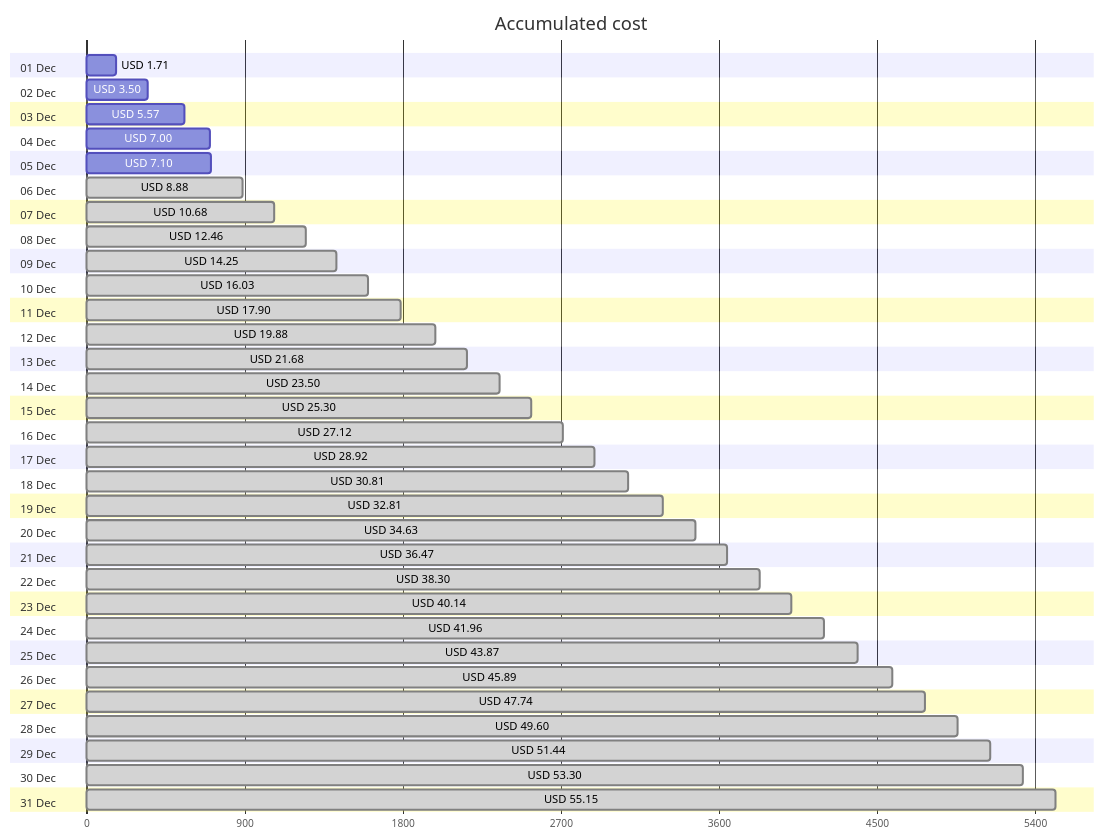
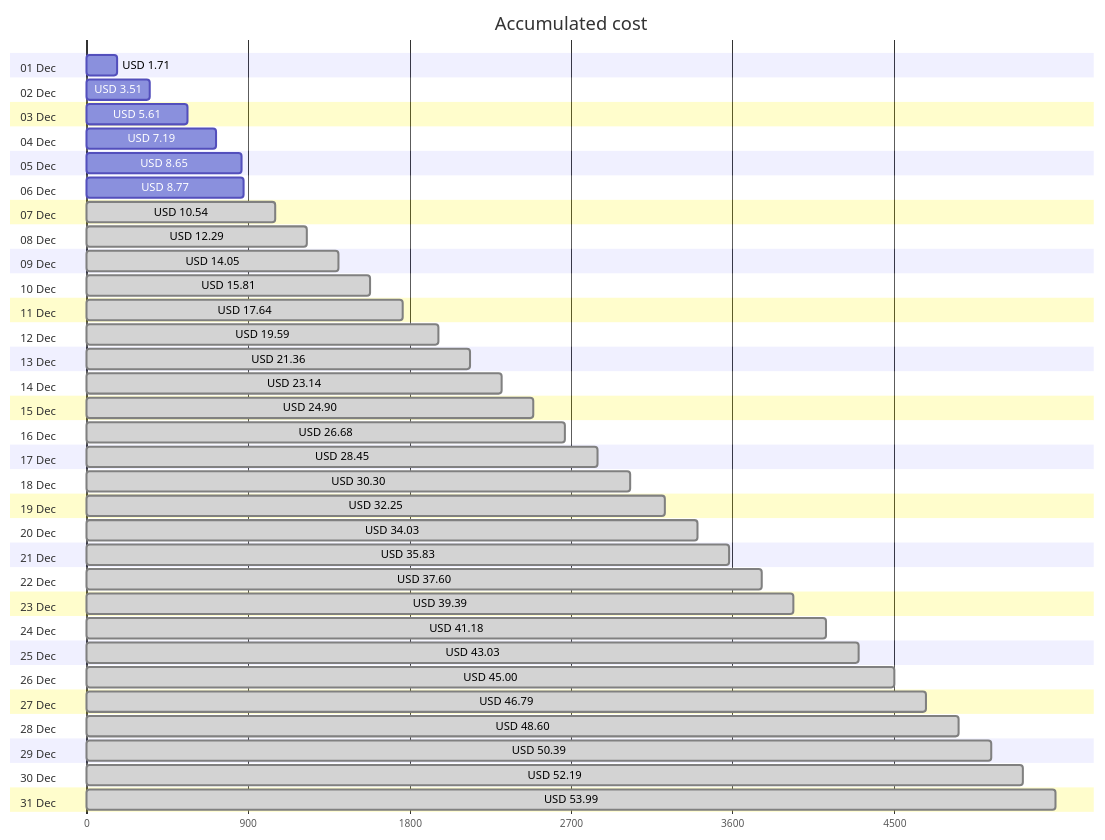
The first of 4 diagrams in cost-reports/personal-network/README.md (jpfulton/azure-personal-reports), drawn with Mermaid before and after one commit. The commit also changed other lines of this file and 8 other files, not shown here.

````diff
--- a/cost-reports/personal-network/README.md
+++ b/cost-reports/personal-network/README.md
@@ -20,68 +20,68 @@
 ```mermaid
 gantt
    title Accumulated cost
    dateFormat  X
    axisFormat %s
    section 01 Dec
    USD 1.71 :0, 171
    section 02 Dec
-   USD 3.50 :0, 350
+   USD 3.51 :0, 351
    section 03 Dec
-   USD 5.57 :0, 557
+   USD 5.61 :0, 561
    section 04 Dec
-   USD 7.00 :0, 700
+   USD 7.19 :0, 719
    section 05 Dec
-   USD 7.10 :0, 710
+   USD 8.65 :0, 865
    section 06 Dec
-   USD 8.88 : done, 0, 888
+   USD 8.77 :0, 877
    section 07 Dec
-   USD 10.68 : done, 0, 1068
+   USD 10.54 : done, 0, 1054
    section 08 Dec
-   USD 12.46 : done, 0, 1246
+   USD 12.29 : done, 0, 1229
    section 09 Dec
-   USD 14.25 : done, 0, 1425
+   USD 14.05 : done, 0, 1405
    section 10 Dec
-   USD 16.03 : done, 0, 1603
+   USD 15.81 : done, 0, 1581
    section 11 Dec
-   USD 17.90 : done, 0, 1790
+   USD 17.64 : done, 0, 1764
    section 12 Dec
-   USD 19.88 : done, 0, 1988
+   USD 19.59 : done, 0, 1959
    section 13 Dec
-   USD 21.68 : done, 0, 2168
+   USD 21.36 : done, 0, 2136
    section 14 Dec
-   USD 23.50 : done, 0, 2350
+   USD 23.14 : done, 0, 2314
    section 15 Dec
-   USD 25.30 : done, 0, 2530
+   USD 24.90 : done, 0, 2490
    section 16 Dec
-   USD 27.12 : done, 0, 2712
+   USD 26.68 : done, 0, 2668
    section 17 Dec
-   USD 28.92 : done, 0, 2892
+   USD 28.45 : done, 0, 2845
    section 18 Dec
-   USD 30.81 : done, 0, 3081
+   USD 30.30 : done, 0, 3030
    section 19 Dec
-   USD 32.81 : done, 0, 3281
+   USD 32.25 : done, 0, 3225
    section 20 Dec
-   USD 34.63 : done, 0, 3463
+   USD 34.03 : done, 0, 3403
    section 21 Dec
-   USD 36.47 : done, 0, 3647
+   USD 35.83 : done, 0, 3583
    section 22 Dec
-   USD 38.30 : done, 0, 3830
+   USD 37.60 : done, 0, 3760
    section 23 Dec
-   USD 40.14 : done, 0, 4014
+   USD 39.39 : done, 0, 3939
    section 24 Dec
-   USD 41.96 : done, 0, 4196
+   USD 41.18 : done, 0, 4118
    section 25 Dec
-   USD 43.87 : done, 0, 4387
+   USD 43.03 : done, 0, 4303
    section 26 Dec
-   USD 45.89 : done, 0, 4589
+   USD 45.00 : done, 0, 4500
    section 27 Dec
-   USD 47.74 : done, 0, 4774
+   USD 46.79 : done, 0, 4679
    section 28 Dec
-   USD 49.60 : done, 0, 4960
+   USD 48.60 : done, 0, 4860
    section 29 Dec
-   USD 51.44 : done, 0, 5144
+   USD 50.39 : done, 0, 5039
    section 30 Dec
-   USD 53.30 : done, 0, 5330
+   USD 52.19 : done, 0, 5219
    section 31 Dec
-   USD 55.15 : done, 0, 5515
+   USD 53.99 : done, 0, 5399
 ```
````
